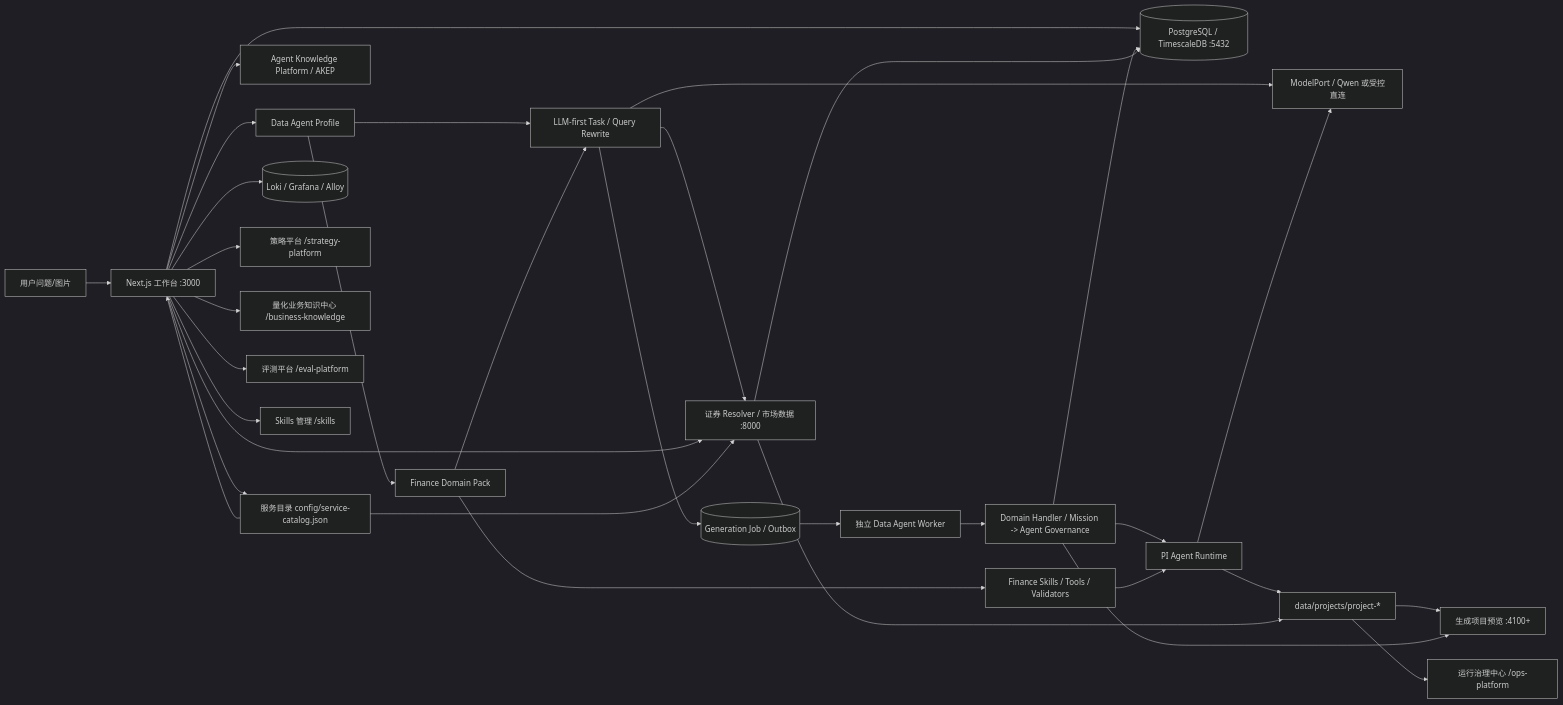
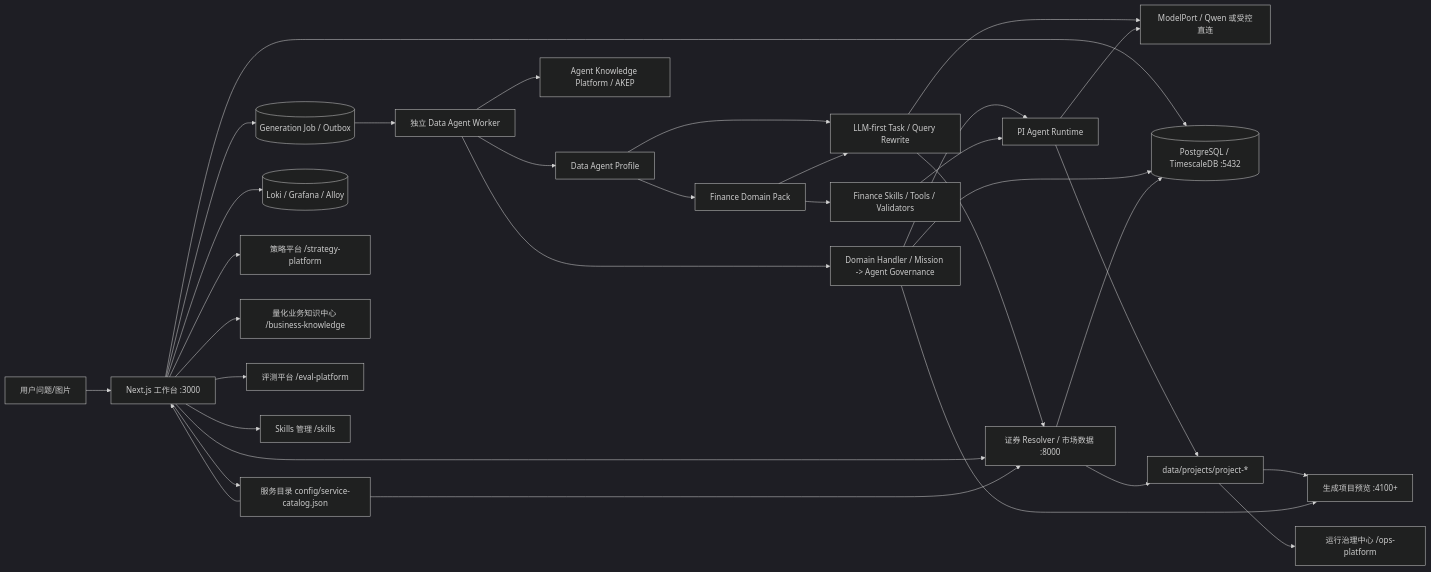
The diagram in docs/architecture.md (tiammomo/QuantPilot), drawn with Mermaid (dark theme) before and after one commit. The commit also changed other lines of this file and 31 other files, not shown here.

````diff
--- a/docs/architecture.md
+++ b/docs/architecture.md
@@ -5,35 +5,35 @@
 ```mermaid
 flowchart LR
   U[用户问题/图片] --> W[Next.js 工作台 :3000]
-  W --> D[Data Agent Profile]
+  W --> J[(Generation Job / Outbox)]
+  J --> WK[独立 Data Agent Worker]
+  WK --> D[Data Agent Profile]
   D --> Q[LLM-first Task / Query Rewrite]
   D --> F[Finance Domain Pack]
   F --> Q
   Q --> MP[ModelPort / Qwen 或受控直连]
   Q --> M[证券 Resolver / 市场数据 :8000]
-  Q --> J[(Generation Job / Outbox)]
-  J --> WK[独立 Data Agent Worker]
   WK --> G[Domain Handler / Mission -> Agent Governance]
   W --> DB[(PostgreSQL / TimescaleDB :5432)]
   G --> R[PI Agent Runtime]
   G --> DB
   F --> S[Finance Skills / Tools / Validators]
   S --> R
-  W --> K[Agent Knowledge Platform / AKEP]
+  WK --> K[Agent Knowledge Platform / AKEP]
   R --> MP
   W --> M
   W --> SC[服务目录 config/service-catalog.json]
   SC --> W
   SC --> M
   M --> DB
   W --> L[(Loki / Grafana / Alloy)]
   R --> P[data/projects/project-*]
   M --> P
   P --> V[生成项目预览 :4100+]
   G --> V
   P --> H[运行治理中心 /ops-platform]
   W --> T[策略平台 /strategy-platform]
   W --> C[量化业务知识中心 /business-knowledge]
   W --> E[评测平台 /eval-platform]
   W --> A[Skills 管理 /skills]
 ```
````
